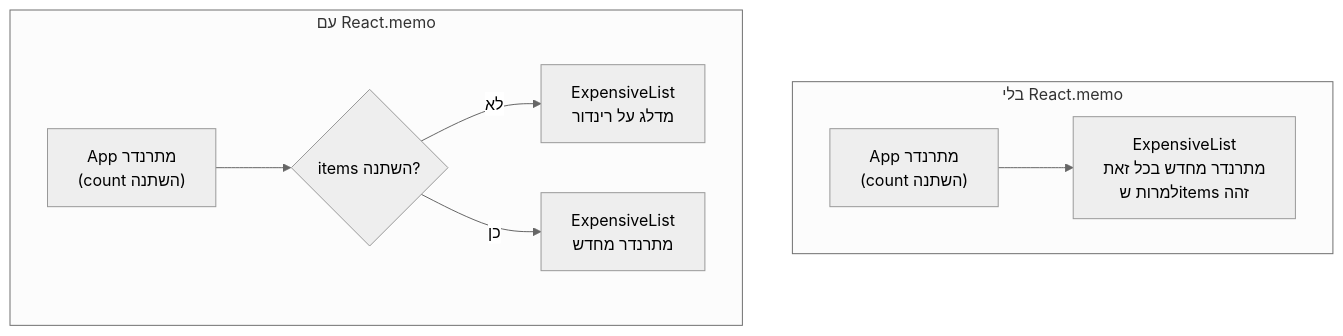
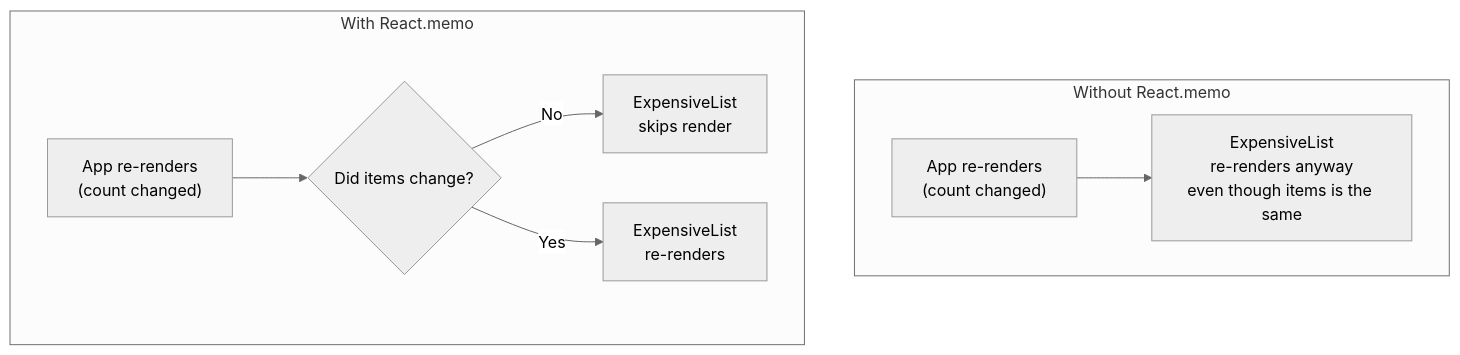
The diagram in content/docs/react/99-react-performance-content.md (neriyaMalachi/FullStack_kodkode_5), drawn with Mermaid (neutral theme) before and after one commit. The commit also changed other lines of this file and 117 other files, not shown here.

````diff
--- a/content/docs/react/99-react-performance-content.md
+++ b/content/docs/react/99-react-performance-content.md
@@ -55,11 +55,11 @@
 ```mermaid
 flowchart TD
-    subgraph without["בלי React.memo"]
-        A1["App מתרנדר<br/>(count השתנה)"] --> B1["ExpensiveList<br/>מתרנדר מחדש בכל זאת<br/>למרות שitems זהה"]
+    subgraph without["Without React.memo"]
+        A1["App re-renders<br/>(count changed)"] --> B1["ExpensiveList<br/>re-renders anyway<br/>even though items is the same"]
     end
-    subgraph with["עם React.memo"]
-        A2["App מתרנדר<br/>(count השתנה)"] --> B2{"items השתנה?"}
-        B2 -->|"לא"| C2["ExpensiveList<br/>מדלג על רינדור"]
-        B2 -->|"כן"| D2["ExpensiveList<br/>מתרנדר מחדש"]
+    subgraph with["With React.memo"]
+        A2["App re-renders<br/>(count changed)"] --> B2{"Did items change?"}
+        B2 -->|"No"| C2["ExpensiveList<br/>skips render"]
+        B2 -->|"Yes"| D2["ExpensiveList<br/>re-renders"]
     end
 ```
````
